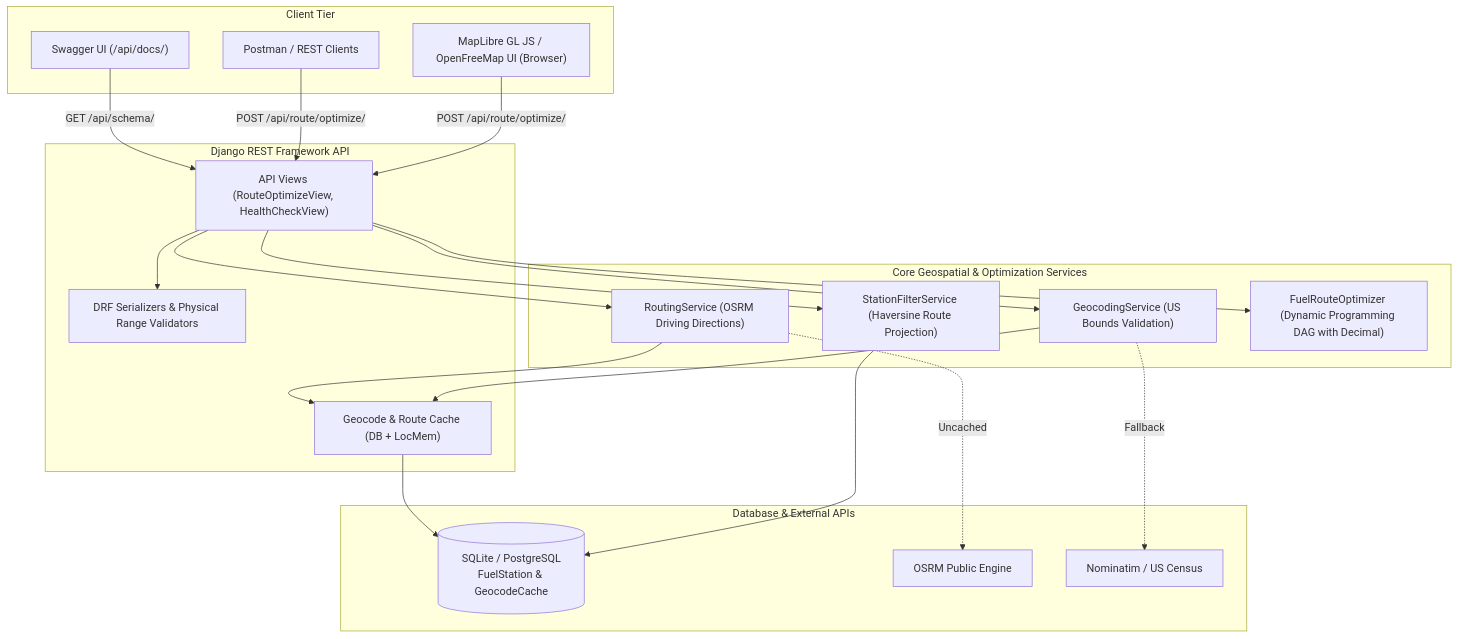
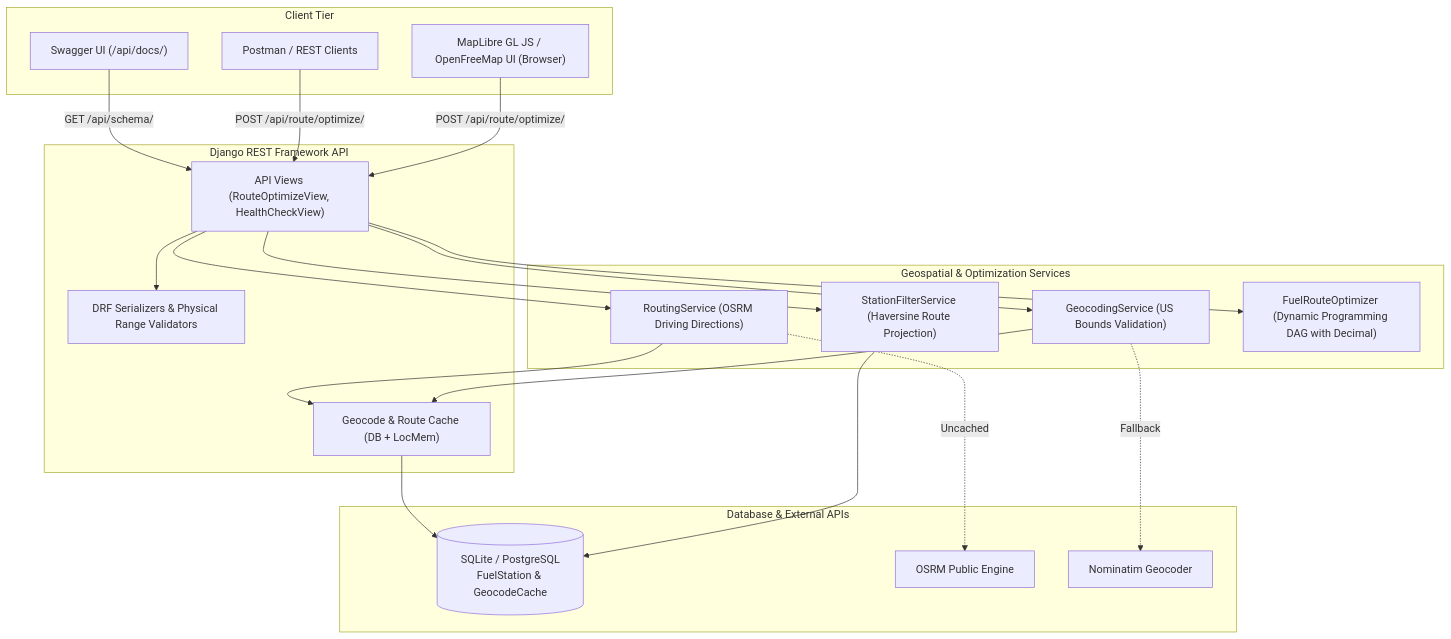
The diagram in README.md (akshitaa18/fuel-route-optimizer), drawn with Mermaid before and after one commit. The commit also changed other lines of this file and 6 other files, not shown here.

````diff
--- a/README.md
+++ b/README.md
@@ -66,44 +64,44 @@
 ```mermaid
 flowchart TD
     subgraph Client["Client Tier"]
         UI["MapLibre GL JS / OpenFreeMap UI (Browser)"]
         Postman["Postman / REST Clients"]
         Swagger["Swagger UI (/api/docs/)"]
     end
 
     subgraph API["Django REST Framework API"]
         Views["API Views (RouteOptimizeView, HealthCheckView)"]
         Serializers["DRF Serializers & Physical Range Validators"]
         CacheLayer["Geocode & Route Cache (DB + LocMem)"]
     end
 
-    subgraph Services["Core Geospatial & Optimization Services"]
+    subgraph Services["Geospatial & Optimization Services"]
         GeoService["GeocodingService (US Bounds Validation)"]
         RouteService["RoutingService (OSRM Driving Directions)"]
         FilterService["StationFilterService (Haversine Route Projection)"]
         Optimizer["FuelRouteOptimizer (Dynamic Programming DAG with Decimal)"]
     end
 
     subgraph Data["Database & External APIs"]
         DB[("SQLite / PostgreSQL\nFuelStation & GeocodeCache")]
         OSRM["OSRM Public Engine"]
-        Nominatim["Nominatim / US Census"]
+        Nominatim["Nominatim Geocoder"]
     end
 
     UI -->|POST /api/route/optimize/| Views
     Postman -->|POST /api/route/optimize/| Views
     Swagger -->|GET /api/schema/| Views
 
     Views --> Serializers
     Views --> GeoService
     Views --> RouteService
     Views --> FilterService
     Views --> Optimizer
 
     GeoService --> CacheLayer
     GeoService -.->|Fallback| Nominatim
     RouteService --> CacheLayer
     RouteService -.->|Uncached| OSRM
     FilterService --> DB
     CacheLayer --> DB
 ```
````
